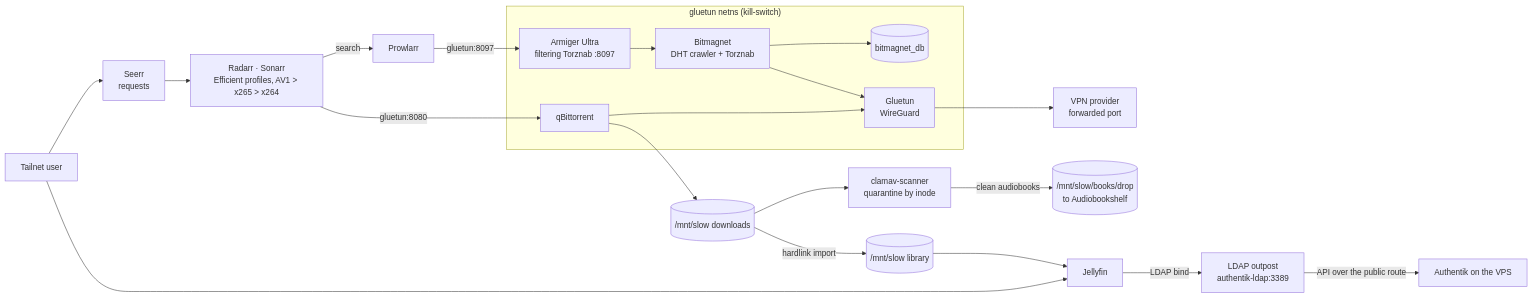
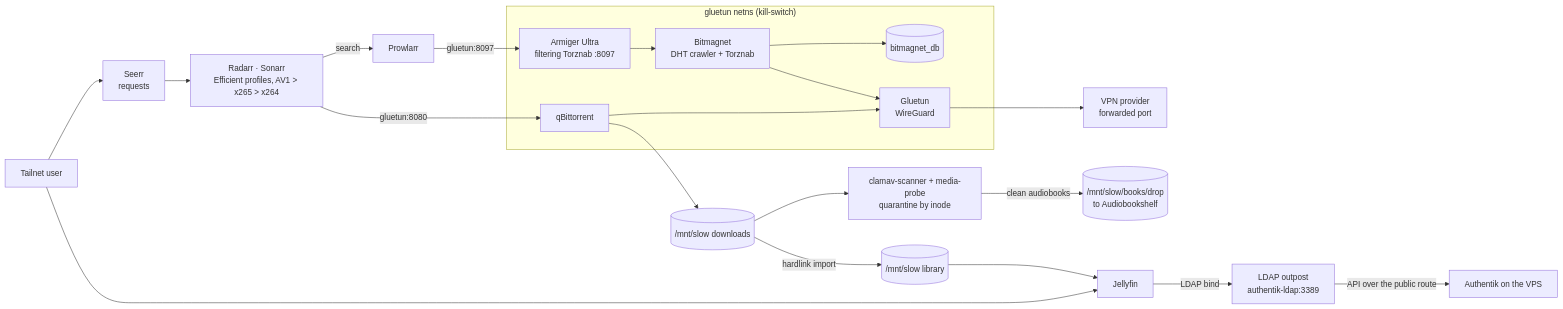
Before and after one commit to IdanReed/BasicBastardSelfhosted: the diagram in docs/services.md, drawn with Mermaid. The commit also changed other lines of this file and 5 other files, not shown here.

Commit message:
media: quarantine finished downloads Jellyfin's ffprobe cannot read, that decode no frame, or whose main file runs like a sample — a media-probe loop on the Jellyfin image, sharing the scanner's inode quarantine through quarantine.sh

````diff
--- a/docs/services.md
+++ b/docs/services.md
@@ -92,39 +92,39 @@
 ```mermaid
 flowchart LR
   user["Tailnet user"]
   seerr["Seerr<br/>requests"]
   arrs["Radarr · Sonarr<br/>Efficient profiles, AV1 > x265 > x264"]
   prowlarr["Prowlarr"]
 
   subgraph netns["gluetun netns (kill-switch)"]
     gluetun["Gluetun<br/>WireGuard"]
     qbit["qBittorrent"]
     armiger["Armiger Ultra<br/>filtering Torznab :8097"]
     bitmagnet["Bitmagnet<br/>DHT crawler + Torznab"]
     bmdb[("bitmagnet_db")]
   end
 
   vpn["VPN provider<br/>forwarded port"]
   dl[("/mnt/slow downloads")]
-  scan["clamav-scanner<br/>quarantine by inode"]
+  scan["clamav-scanner + media-probe<br/>quarantine by inode"]
   drop[("/mnt/slow/books/drop<br/>to Audiobookshelf")]
   lib[("/mnt/slow library")]
   jelly["Jellyfin"]
   ldap["LDAP outpost<br/>authentik-ldap:3389"]
   ak["Authentik on the VPS"]
 
   user --> seerr --> arrs
   arrs -- "search" --> prowlarr
   prowlarr -- "gluetun:8097" --> armiger --> bitmagnet --> bmdb
   arrs -- "gluetun:8080" --> qbit
   qbit --> gluetun
   bitmagnet --> gluetun
   gluetun --> vpn
   qbit --> dl --> scan
   scan -- "clean audiobooks" --> drop
   dl -- "hardlink import" --> lib
   lib --> jelly
   user --> jelly
   jelly -- "LDAP bind" --> ldap
   ldap -- "API over the public route" --> ak
 ```
````
